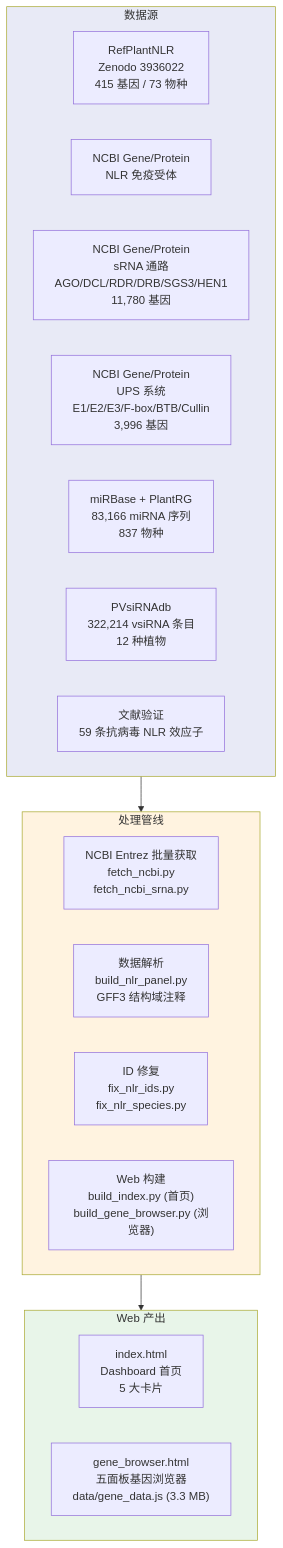
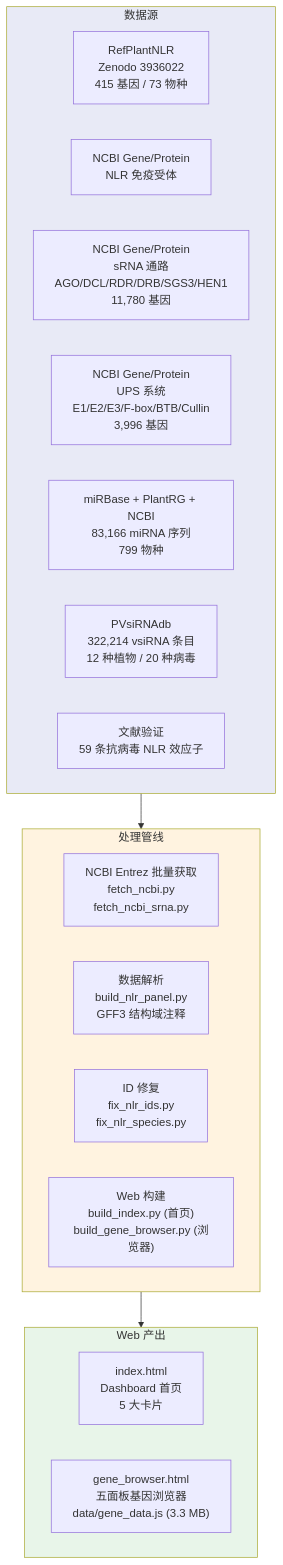
Before and after one commit to zhangwenda0518/plant_virus_db_pipeline: the diagram in 11.antiviral_genes/README.md, drawn with Mermaid. The commit also changed other lines of this file and 69 other files, not shown here.

````diff
--- a/11.antiviral_genes/README.md
+++ b/11.antiviral_genes/README.md
@@ -11,31 +11,31 @@
 ```mermaid
 flowchart TB
     subgraph Sources["数据源"]
         REFNLR["RefPlantNLR<br/>Zenodo 3936022<br/>415 基因 / 73 物种"]
         NCBI_NLR["NCBI Gene/Protein<br/>NLR 免疫受体"]
         NCBI_SRNA["NCBI Gene/Protein<br/>sRNA 通路<br/>AGO/DCL/RDR/DRB/SGS3/HEN1<br/>11,780 基因"]
         NCBI_UPS["NCBI Gene/Protein<br/>UPS 系统<br/>E1/E2/E3/F-box/BTB/Cullin<br/>3,996 基因"]
-        MIRBASE["miRBase + PlantRG<br/>83,166 miRNA 序列<br/>837 物种"]
-        PVSIRNA["PVsiRNAdb<br/>322,214 vsiRNA 条目<br/>12 种植物"]
+        MIRBASE["miRBase + PlantRG + NCBI<br/>83,166 miRNA 序列<br/>799 物种"]
+        PVSIRNA["PVsiRNAdb<br/>322,214 vsiRNA 条目<br/>12 种植物 / 20 种病毒"]
         LIT["文献验证<br/>59 条抗病毒 NLR 效应子"]
     end
 
     subgraph Pipeline["处理管线"]
         FETCH["NCBI Entrez 批量获取<br/>fetch_ncbi.py<br/>fetch_ncbi_srna.py"]
         PARSE["数据解析<br/>build_nlr_panel.py<br/>GFF3 结构域注释"]
         FIX["ID 修复<br/>fix_nlr_ids.py<br/>fix_nlr_species.py"]
         BUILD["Web 构建<br/>build_index.py (首页)<br/>build_gene_browser.py (浏览器)"]
     end
 
     subgraph Output["Web 产出"]
         INDEX["index.html<br/>Dashboard 首页<br/>5 大卡片"]
         BROWSER["gene_browser.html<br/>五面板基因浏览器<br/>data/gene_data.js (3.3 MB)"]
     end
 
     Sources --> Pipeline
     Pipeline --> Output
 
     style Sources fill:#e8eaf6
     style Pipeline fill:#fff3e0
     style Output fill:#e8f5e9
 ```
````
